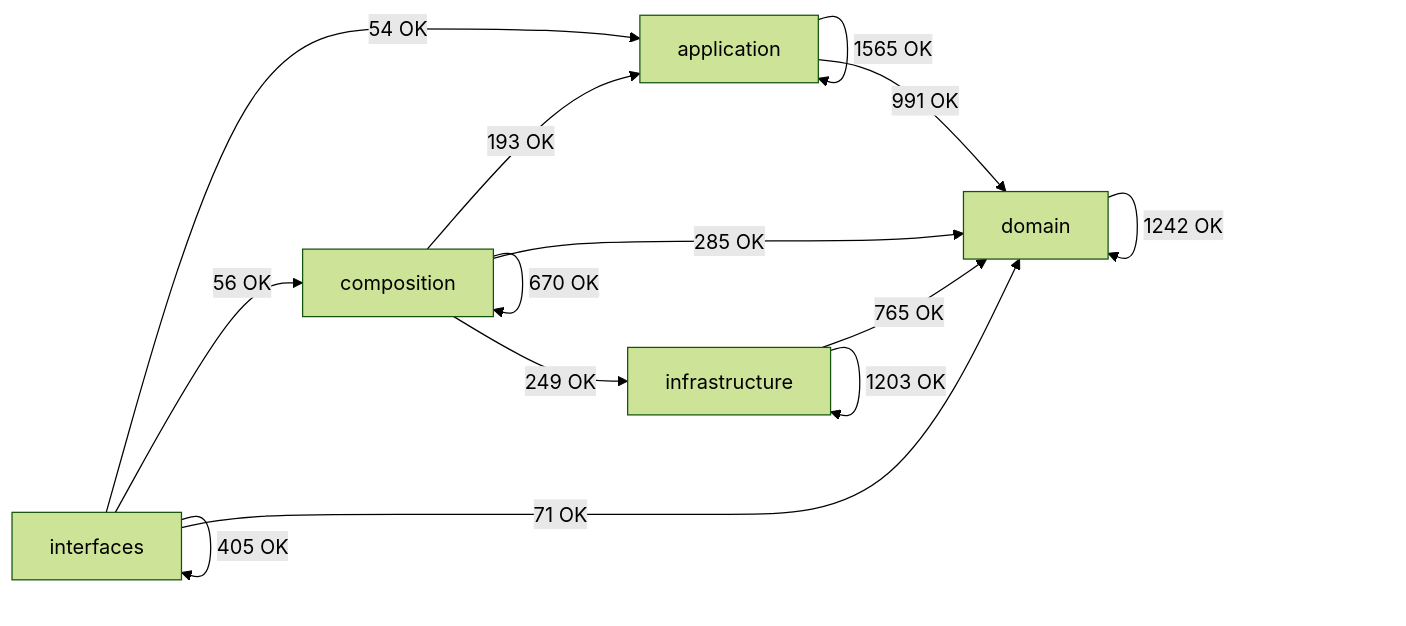
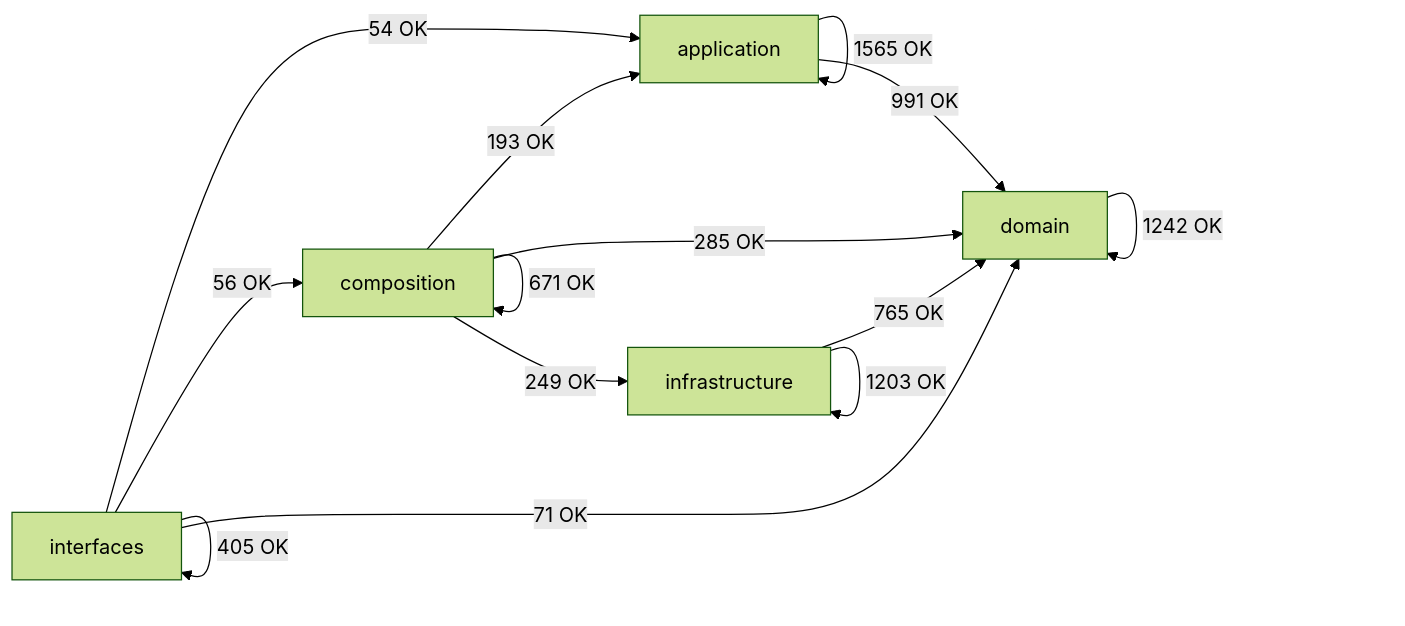
The diagram in docs/02-architecture/generated/module-dependency-map.md (SatoryKono/BioactivityDataAcquisition), drawn with Mermaid (forest theme) before and after one commit. The commit also changed other lines of this file and 19 other files, not shown here.

````diff
--- a/docs/02-architecture/generated/module-dependency-map.md
+++ b/docs/02-architecture/generated/module-dependency-map.md
@@ -17,21 +17,21 @@
 ```mermaid
 flowchart LR
     domain[domain]
     application[application]
     infrastructure[infrastructure]
     composition[composition]
     interfaces[interfaces]
     application -->|1565 OK| application
     application -->|991 OK| domain
     composition -->|193 OK| application
-    composition -->|670 OK| composition
+    composition -->|671 OK| composition
     composition -->|285 OK| domain
     composition -->|249 OK| infrastructure
     domain -->|1242 OK| domain
     infrastructure -->|765 OK| domain
     infrastructure -->|1203 OK| infrastructure
     interfaces -->|54 OK| application
     interfaces -->|56 OK| composition
     interfaces -->|71 OK| domain
     interfaces -->|405 OK| interfaces
 ```
````
